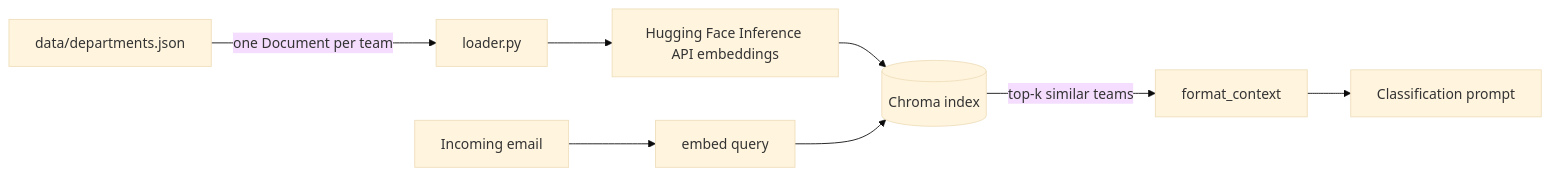
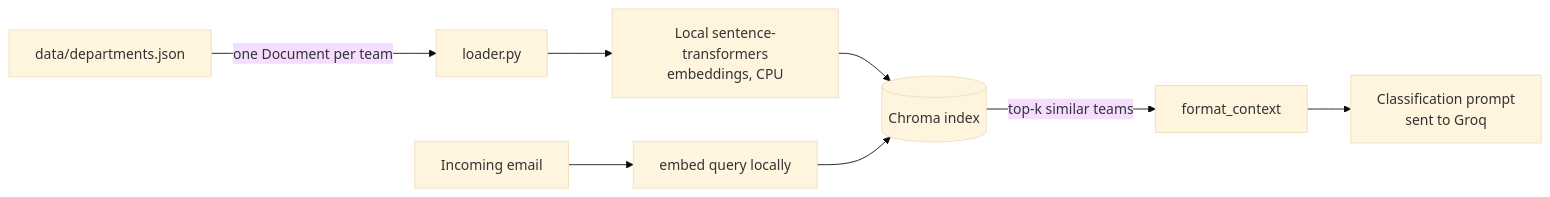
Before and after one commit to Shivam091105/Email-Router: the fourth of 5 diagrams in README.md, drawn with Mermaid (base theme). The commit also changed other lines of this file and 11 other files, not shown here.

````diff
--- a/README.md
+++ b/README.md
@@ -167,10 +167,10 @@
 ```mermaid
 flowchart LR
     A[data/departments.json] -->|one Document per team| B[loader.py]
-    B --> C[Hugging Face Inference API embeddings]
+    B --> C[Local sentence-transformers<br/>embeddings, CPU]
     C --> D[(Chroma index)]
-    E[Incoming email] --> F[embed query]
+    E[Incoming email] --> F[embed query locally]
     F --> D
     D -->|top-k similar teams| G[format_context]
-    G --> H[Classification prompt]
+    G --> H[Classification prompt<br/>sent to Groq]
 ```
````
